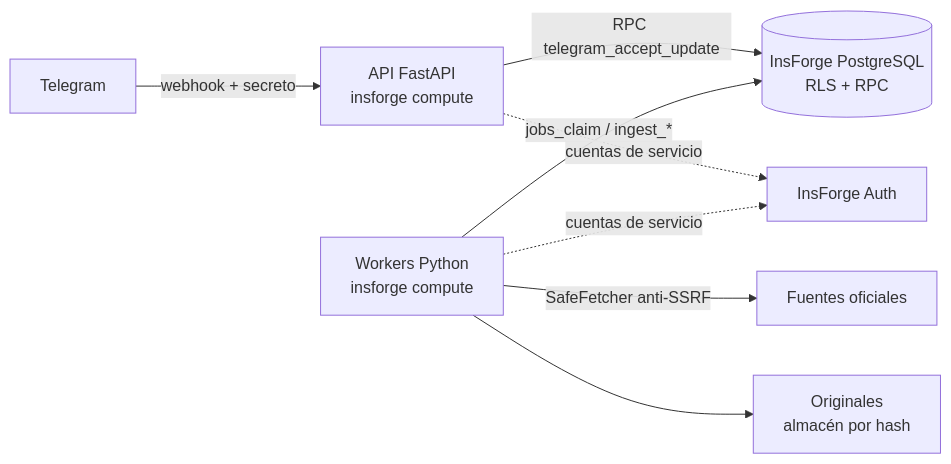
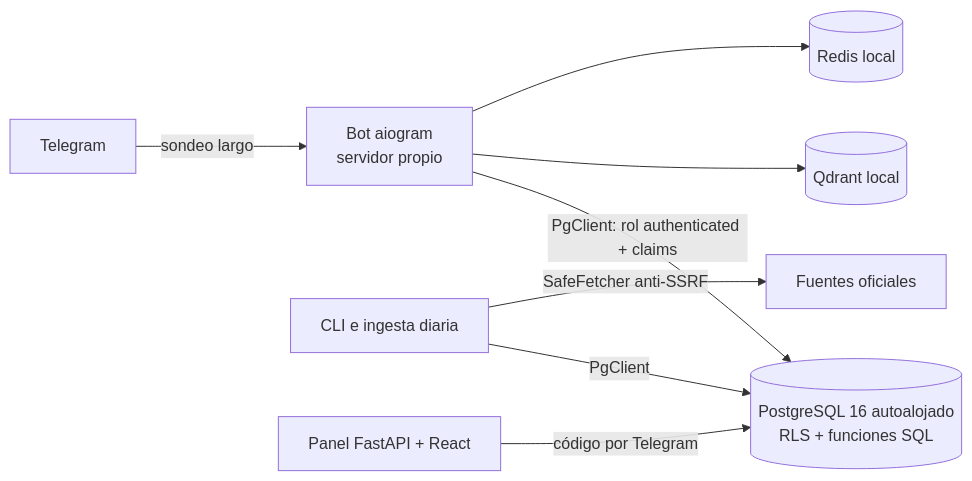
One commit to FilipaoVfx/botcentro changed the diagram in README.md. Above: the diagram before and after it, drawn with Mermaid. The commit also changed other lines of this file and 10 other files, not shown here.

First line of the commit message:
Cambio a PostgreSQL autoalojado: importación de InsForge, limpieza SIRI y operación

````diff
--- a/README.md
+++ b/README.md
@@ -29,10 +29,10 @@
 ```mermaid
 flowchart LR
-    TG[Telegram] -->|webhook + secreto| API[API FastAPI<br/>insforge compute]
-    API -->|RPC telegram_accept_update| DB[(InsForge PostgreSQL<br/>RLS + RPC)]
-    W[Workers Python<br/>insforge compute] -->|jobs_claim / ingest_*| DB
+    TG[Telegram] -->|sondeo largo| BOT[Bot aiogram<br/>servidor propio]
+    BOT -->|PgClient: rol authenticated + claims| DB[(PostgreSQL 16 autoalojado<br/>RLS + funciones SQL)]
+    W[CLI e ingesta diaria] -->|PgClient| DB
     W -->|SafeFetcher anti-SSRF| SRC[Fuentes oficiales]
-    W --> OBJ[Originales<br/>almacén por hash]
-    API -. cuentas de servicio .-> AUTH[InsForge Auth]
-    W -. cuentas de servicio .-> AUTH
+    BOT --> Q[(Qdrant local)]
+    BOT --> R[(Redis local)]
+    PANEL[Panel FastAPI + React] -->|código por Telegram| DB
 ```
````
